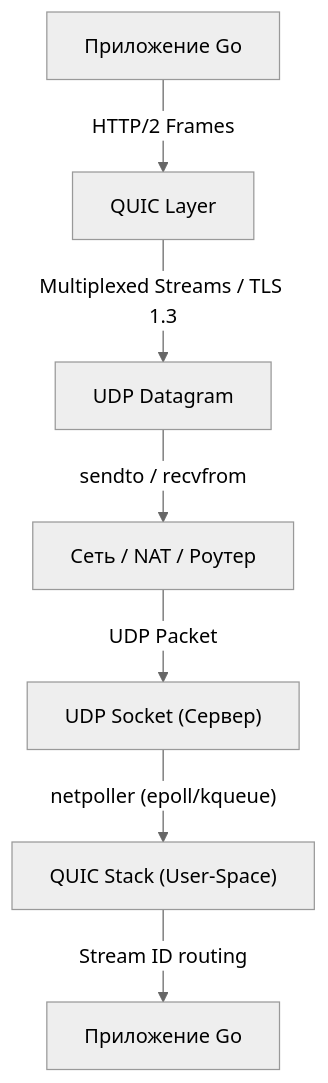
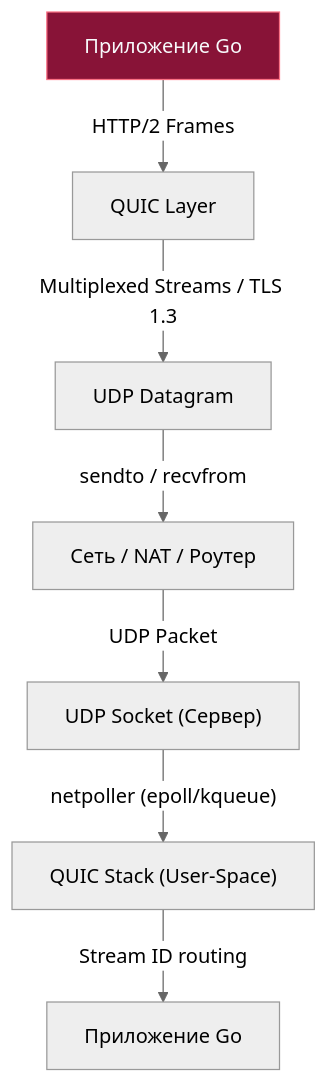
One commit to UnrealTemplier/go-textbook changed the second of 4 diagrams in sources/3. Компьютерные сети и сетевой стек/23. HTTP 3 и QUIC. Почему будущее уходит от TCP.md. Above: the diagram before and after it, drawn with Mermaid (neutral theme). The commit also changed other lines of this file and 1666 other files, not shown here.

First line of the commit message:
feat(mermaid): add semantic color classDef to 1369 colorless flowchart/graph diagrams

````diff
--- a/sources/3. Компьютерные сети и сетевой стек/23. HTTP 3 и QUIC. Почему будущее уходит от TCP.md
+++ b/sources/3. Компьютерные сети и сетевой стек/23. HTTP 3 и QUIC. Почему будущее уходит от TCP.md
@@ -47,9 +57,19 @@
 ```mermaid
 flowchart TD
-    App["Приложение Go"] -->|"HTTP/2 Frames"| QUIC["QUIC Layer"]
+    classDef process  fill:#1e293b,stroke:#38bdf8,stroke-width:1px,color:#f8fafc
+    classDef success  fill:#064e3b,stroke:#34d399,stroke-width:1px,color:#f8fafc
+    classDef error    fill:#7f1d1d,stroke:#f87171,stroke-width:1px,color:#f8fafc
+    classDef warning  fill:#78350f,stroke:#fbbf24,stroke-width:1px,color:#f8fafc
+    classDef entry    fill:#1e3a5f,stroke:#38bdf8,stroke-width:2px,color:#f8fafc
+    classDef aux      fill:#334155,stroke:#64748b,stroke-width:1px,color:#f8fafc
+    classDef system   fill:#312e81,stroke:#a78bfa,stroke-width:1px,color:#f8fafc
+    classDef data     fill:#132d29,stroke:#2dd4bf,stroke-width:1px,color:#f8fafc
+    classDef network  fill:#881337,stroke:#fb7185,stroke-width:1px,color:#f8fafc
+    classDef accent   fill:#1e1b4b,stroke:#818cf8,stroke-width:1px,color:#f8fafc
+    App["Приложение Go"]:::network -->|"HTTP/2 Frames"| QUIC["QUIC Layer"]
     QUIC -->|"Multiplexed Streams / TLS 1.3"| UDP["UDP Datagram"]
     UDP -->|"sendto / recvfrom"| Net["Сеть / NAT / Роутер"]
     Net -->|"UDP Packet"| ServerUDP["UDP Socket (Сервер)"]
     ServerUDP -->|"netpoller (epoll/kqueue)"| ServerQUIC["QUIC Stack (User-Space)"]
     ServerQUIC -->|"Stream ID routing"| ServerApp["Приложение Go"]
 ```
````
